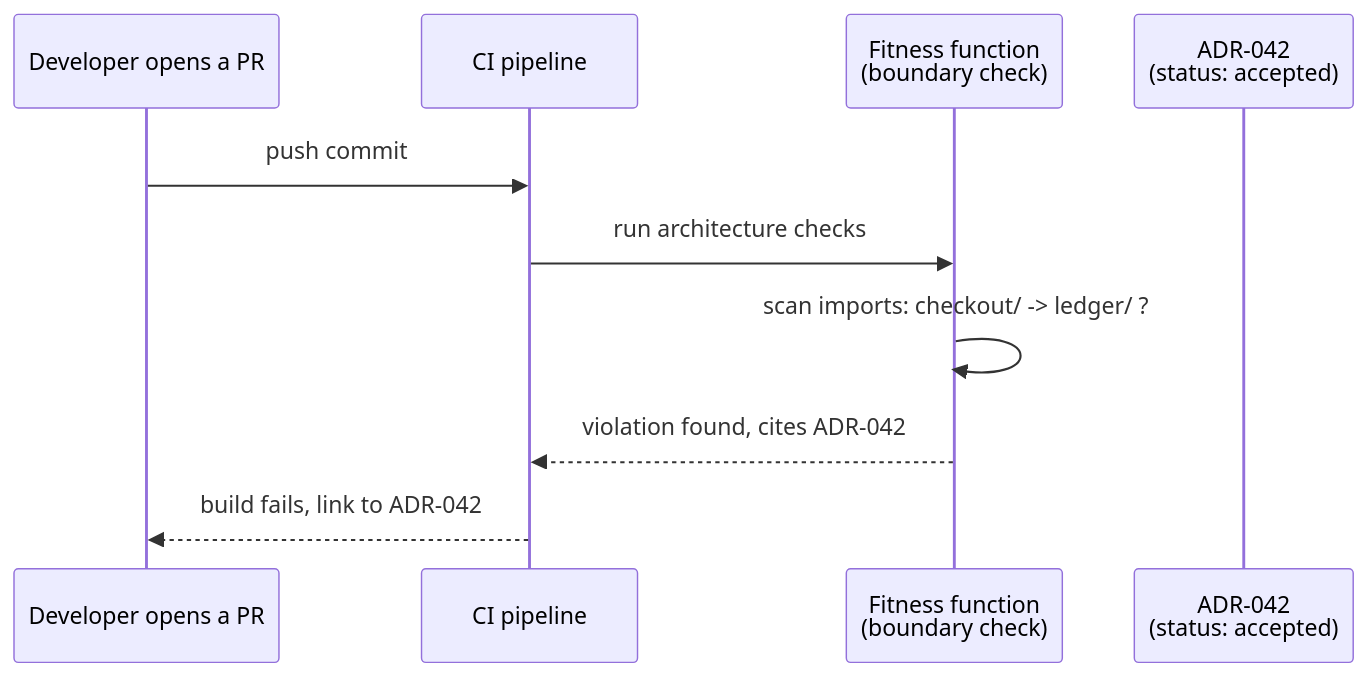
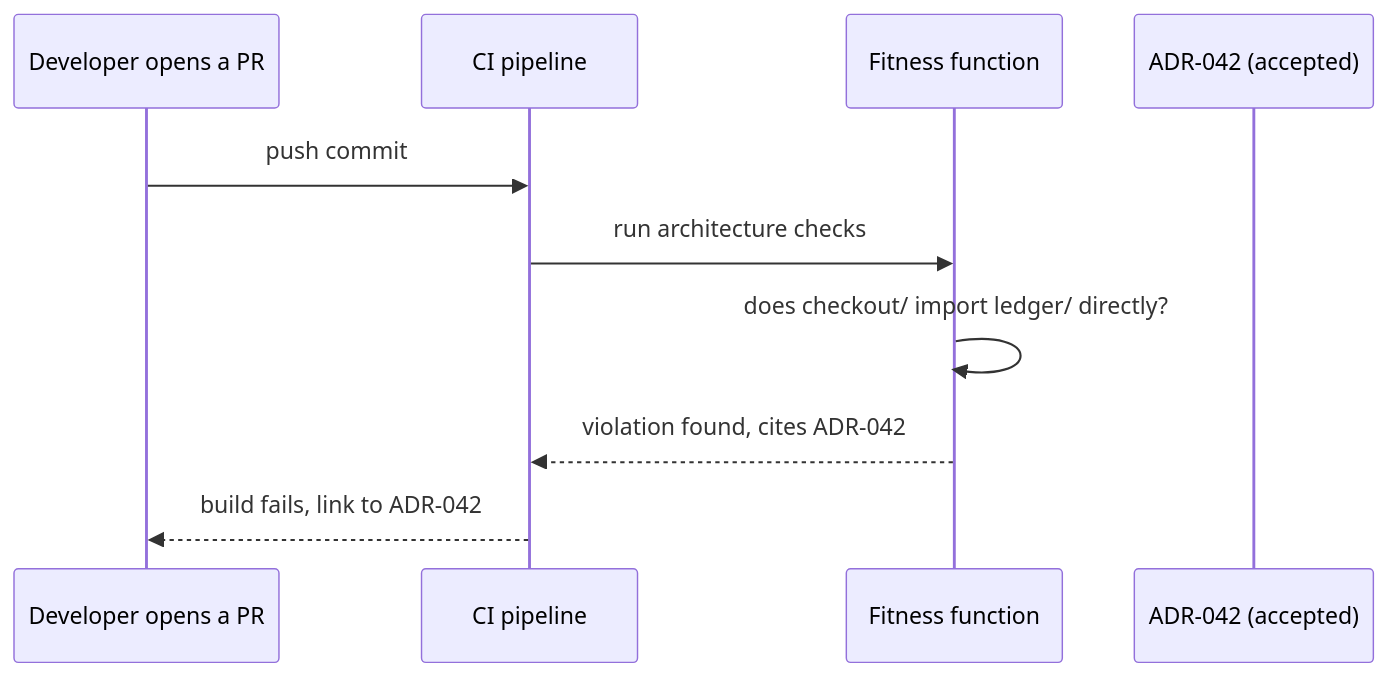
One commit to francoandreDev/knowledge changed the second of 2 diagrams in src/content/architecture/adr-governance/L2-concept.mdx. Above: the diagram before and after it, drawn with Mermaid. The commit also changed other lines of this file and 17 other files, not shown here.

Commit message:
Migrate architecture batch 2 (hexagonal-clean-architecture, event-driven-architecture, build-vs-buy, adr-governance) to the three-tier exercise model

````diff
--- a/src/content/architecture/adr-governance/L2-concept.mdx
+++ b/src/content/architecture/adr-governance/L2-concept.mdx
@@ -131,12 +108,12 @@
 ```mermaid
 sequenceDiagram
     participant Dev as Developer opens a PR
     participant CI as CI pipeline
-    participant FF as Fitness function<br/>(boundary check)
-    participant ADR as ADR-042<br/>(status: accepted)
+    participant FF as Fitness function
+    participant ADR as ADR-042 (accepted)
     Dev->>CI: push commit
     CI->>FF: run architecture checks
-    FF->>FF: scan imports: checkout/ -> ledger/ ?
+    FF->>FF: does checkout/ import ledger/ directly?
     FF-->>CI: violation found, cites ADR-042
     CI-->>Dev: build fails, link to ADR-042
 ```
````
